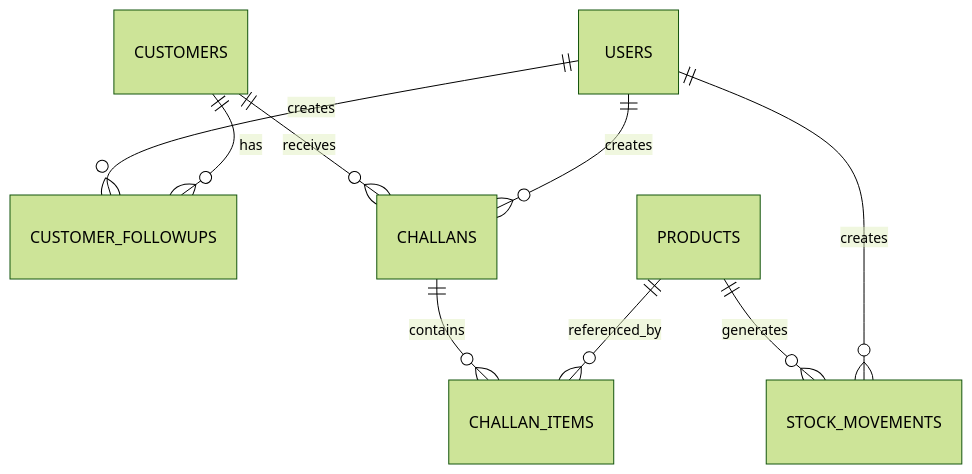
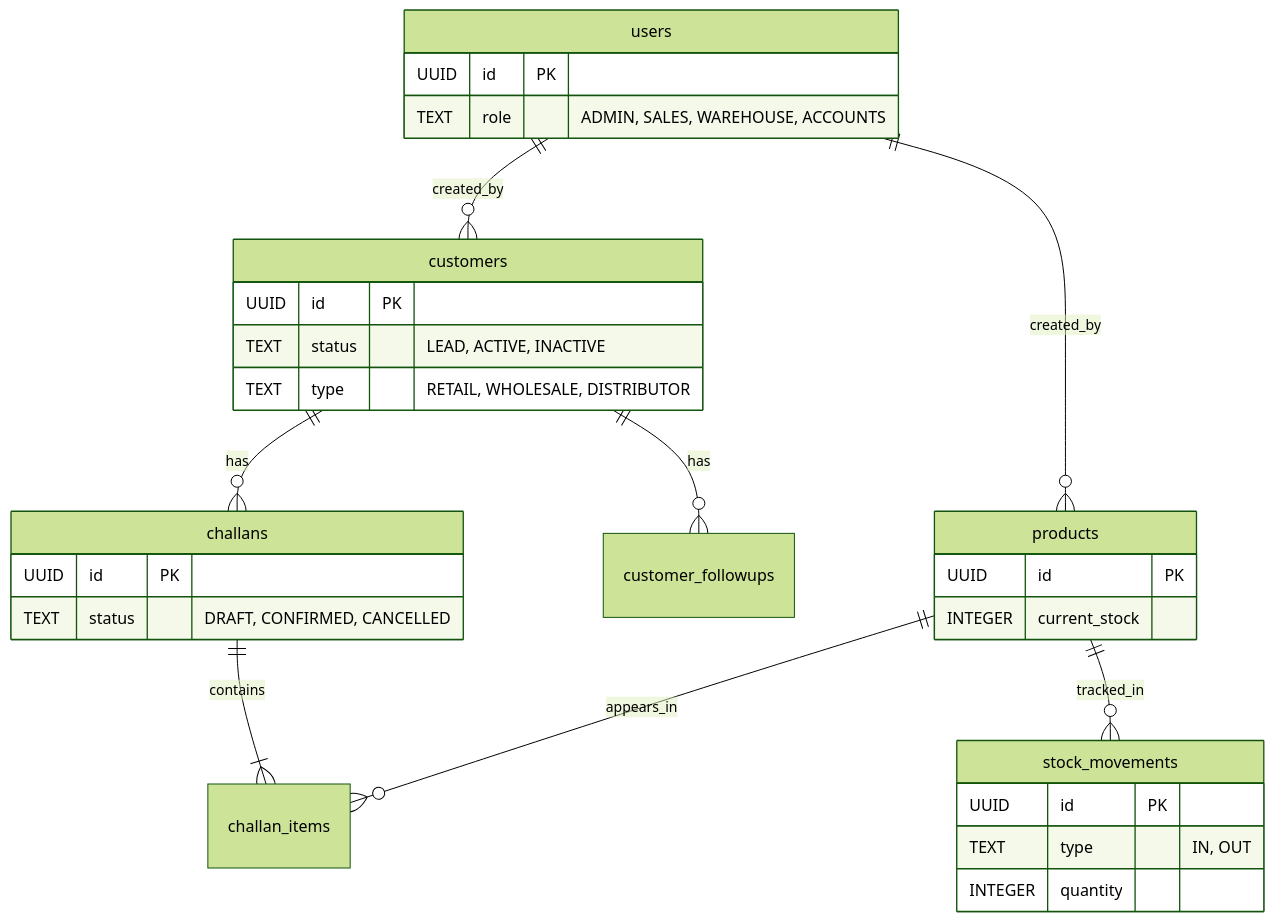
Before and after one commit to singhharshitt/NEXLEDGER: the second of 2 diagrams in README.md, drawn with Mermaid (forest theme). The commit also changed other lines of this file and 6 other files, not shown here.

````diff
--- a/README.md
+++ b/README.md
@@ -99,11 +70,33 @@
 ```mermaid
 erDiagram
-    USERS ||--o{ CUSTOMER_FOLLOWUPS : creates
-    CUSTOMERS ||--o{ CUSTOMER_FOLLOWUPS : has
-    CUSTOMERS ||--o{ CHALLANS : receives
-    CHALLANS ||--o{ CHALLAN_ITEMS : contains
-    PRODUCTS ||--o{ CHALLAN_ITEMS : referenced_by
-    PRODUCTS ||--o{ STOCK_MOVEMENTS : generates
-    USERS ||--o{ STOCK_MOVEMENTS : creates
-    USERS ||--o{ CHALLANS : creates
+    users ||--o{ customers : "created_by"
+    users ||--o{ products : "created_by"
+    customers ||--o{ customer_followups : "has"
+    customers ||--o{ challans : "has"
+    challans ||--|{ challan_items : "contains"
+    products ||--o{ challan_items : "appears_in"
+    products ||--o{ stock_movements : "tracked_in"
+
+    users {
+        UUID id PK
+        TEXT role "ADMIN, SALES, WAREHOUSE, ACCOUNTS"
+    }
+    customers {
+        UUID id PK
+        TEXT status "LEAD, ACTIVE, INACTIVE"
+        TEXT type "RETAIL, WHOLESALE, DISTRIBUTOR"
+    }
+    products {
+        UUID id PK
+        INTEGER current_stock
+    }
+    challans {
+        UUID id PK
+        TEXT status "DRAFT, CONFIRMED, CANCELLED"
+    }
+    stock_movements {
+        UUID id PK
+        TEXT type "IN, OUT"
+        INTEGER quantity
+    }
 ```
````
